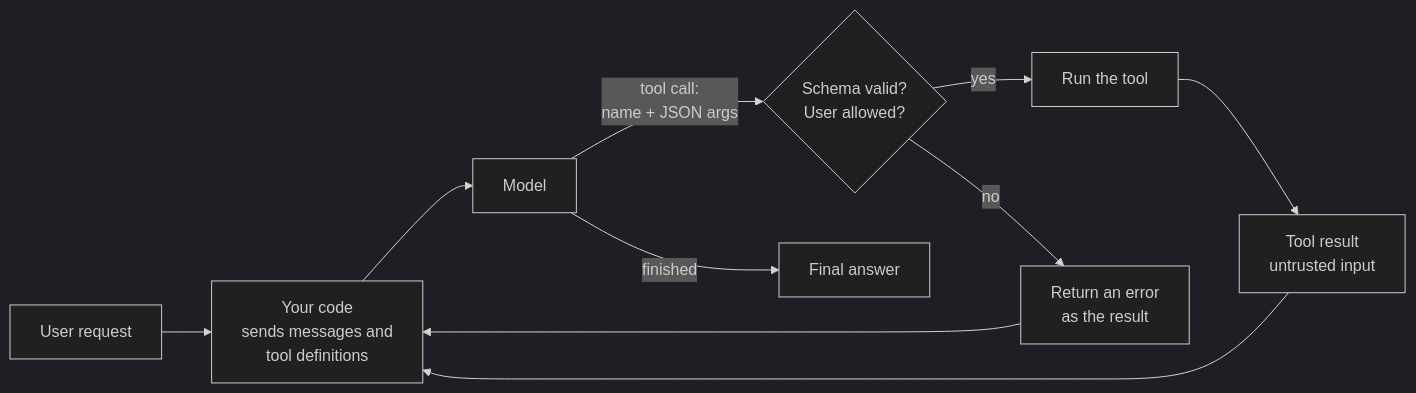
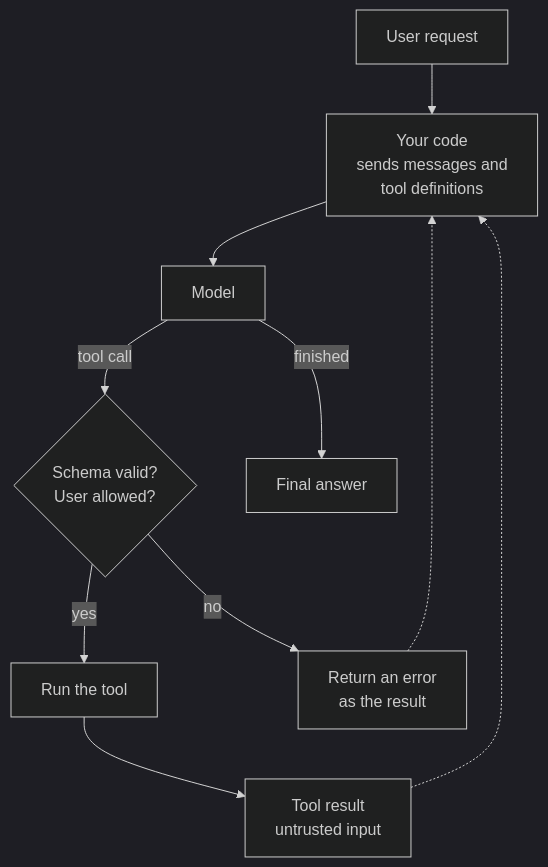
The diagram in images/src/0.3-tool-calling.mmd (daneb/ai-system-design-primer), drawn with Mermaid (dark theme) before and after one commit. The commit also changed 151 other files, not shown here.

```diff
--- a/images/src/0.3-tool-calling.mmd
+++ b/images/src/0.3-tool-calling.mmd
@@ -1,11 +1,11 @@
 %% alt: The application sends messages and tool definitions; the model returns a tool call with a name and JSON arguments; the application checks the schema and the user's permissions, runs the tool, and sends back the result, which is untrusted input; the loop repeats until the model gives a final answer.
-flowchart LR
-  U[User request]:::human --> A[Your code<br/>sends messages and<br/>tool definitions]
+flowchart TB
+  U[User request]:::human --> A[Your code<br/>sends messages and<br/>tool definitions]:::tool
   A --> M[Model]:::model
-  M -->|tool call:<br/>name + JSON args| V{Schema valid?<br/>User allowed?}:::control
+  M -->|tool call| V{Schema valid?<br/>User allowed?}:::control
+  M -->|finished| F[Final answer]:::human
   V -->|yes| T[Run the tool]:::tool
-  V -->|no| E[Return an error<br/>as the result]
+  V -->|no| E[Return an error<br/>as the result]:::tool
   T --> R[Tool result<br/>untrusted input]:::untrusted
-  R --> A
-  E --> A
-  M -->|finished| F[Final answer]
+  R -.-> A
+  E -.-> A
```
